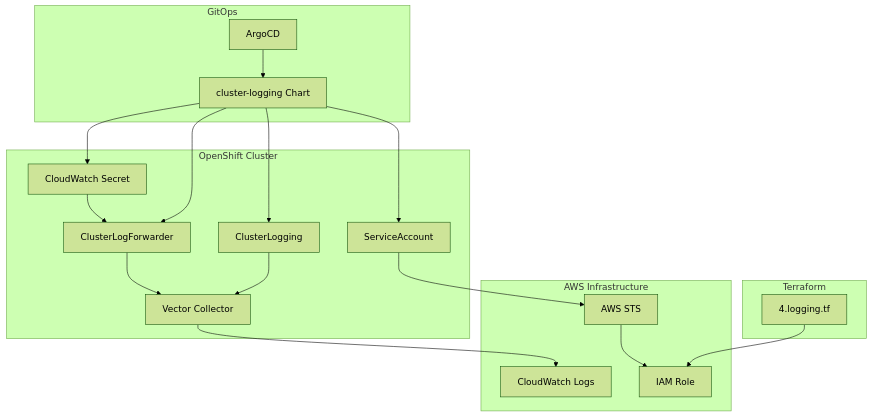
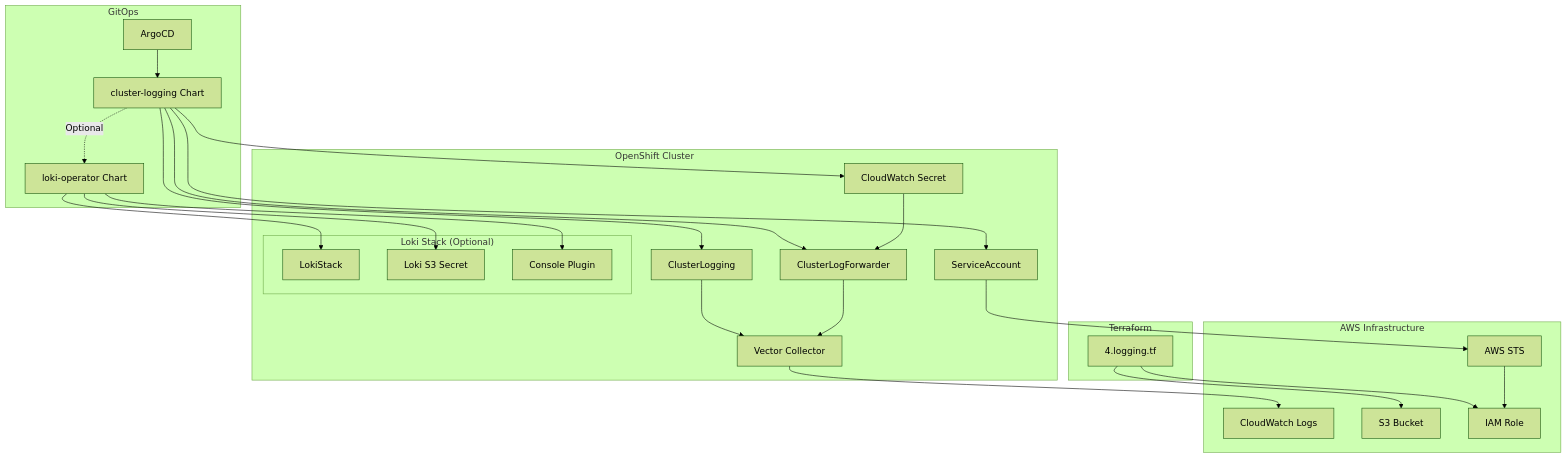
The diagram in charts/cluster-logging/README.md (rosa-hcp-dedicated-vpc/helm-repository), drawn with Mermaid (forest theme) before and after one commit. The commit also changed other lines of this file and 12 other files, not shown here.

````diff
--- a/charts/cluster-logging/README.md
+++ b/charts/cluster-logging/README.md
@@ -68,38 +68,51 @@
 ```mermaid
 graph TB
     subgraph "AWS Infrastructure"
         CW[CloudWatch Logs]
+        S3[S3 Bucket]
         IAM[IAM Role]
         STS[AWS STS]
     end
     
     subgraph "OpenShift Cluster"
         CL[ClusterLogging]
         CLF[ClusterLogForwarder]
         VECTOR[Vector Collector]
         SA[ServiceAccount]
         SECRET[CloudWatch Secret]
+        
+        subgraph "Loki Stack (Optional)"
+            LOKI[LokiStack]
+            LOKISEC[Loki S3 Secret]
+            PLUGIN[Console Plugin]
+        end
     end
     
     subgraph "Terraform"
         TF[4.logging.tf]
     end
     
     subgraph "GitOps"
         ARGO[ArgoCD]
         CHART[cluster-logging Chart]
+        LOKICHART[loki-operator Chart]
     end
     
     TF --> IAM
+    TF --> S3
     ARGO --> CHART
     CHART --> CL
     CHART --> CLF
+    CHART -.->|Optional| LOKICHART
+    LOKICHART --> LOKI
+    LOKICHART --> LOKISEC
+    LOKICHART --> PLUGIN
     CHART --> SECRET
     CHART --> SA
     CL --> VECTOR
     CLF --> VECTOR
     SA --> STS
     STS --> IAM
     VECTOR --> CW
     SECRET --> CLF
 ```
````
